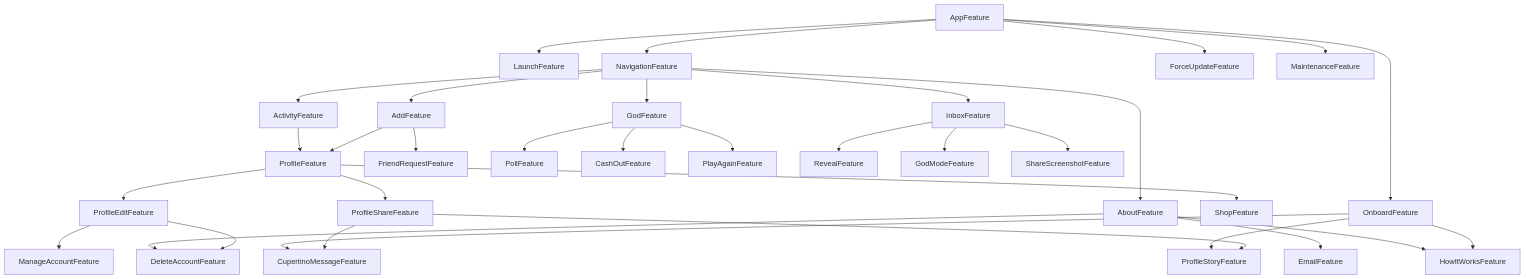
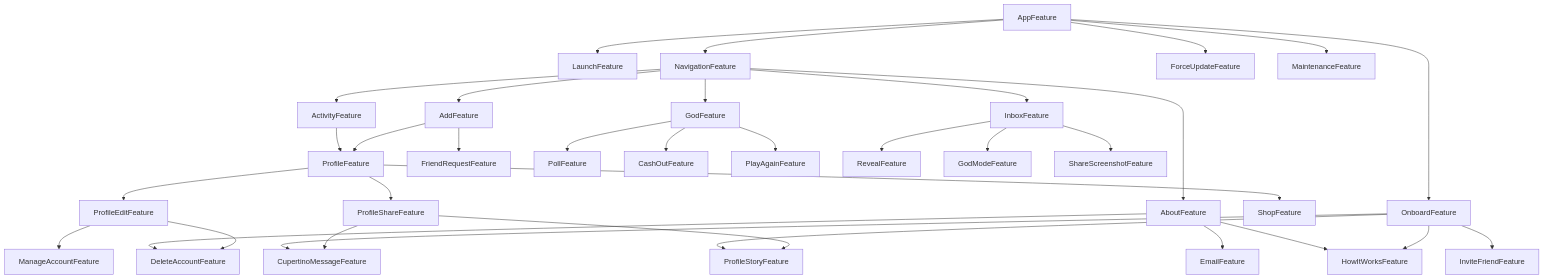
Before and after one commit to 0x1-company/god-ios: the diagram in Packages/GodPackage/README.md, drawn with Mermaid. The commit also changed 1 other file, not shown here.

Commit message:
chore: 🤖 dgraph

````diff
--- a/Packages/GodPackage/README.md
+++ b/Packages/GodPackage/README.md
@@ -6,35 +6,36 @@
 ```mermaid
 graph TD;
     AboutFeature-->EmailFeature;
     AboutFeature-->HowItWorksFeature;
     AboutFeature-->DeleteAccountFeature;
     ActivityFeature-->ProfileFeature;
     AddFeature-->ProfileFeature;
     AddFeature-->FriendRequestFeature;
     AppFeature-->LaunchFeature;
     AppFeature-->OnboardFeature;
     AppFeature-->NavigationFeature;
     AppFeature-->ForceUpdateFeature;
     AppFeature-->MaintenanceFeature;
     GodFeature-->PollFeature;
     GodFeature-->CashOutFeature;
     GodFeature-->PlayAgainFeature;
     InboxFeature-->RevealFeature;
     InboxFeature-->GodModeFeature;
     InboxFeature-->ShareScreenshotFeature;
     NavigationFeature-->AboutFeature;
     NavigationFeature-->ActivityFeature;
     NavigationFeature-->AddFeature;
     NavigationFeature-->GodFeature;
     NavigationFeature-->InboxFeature;
     OnboardFeature-->HowItWorksFeature;
     OnboardFeature-->ProfileStoryFeature;
+    OnboardFeature-->InviteFriendFeature;
     OnboardFeature-->CupertinoMessageFeature;
     ProfileEditFeature-->ManageAccountFeature;
     ProfileEditFeature-->DeleteAccountFeature;
     ProfileFeature-->ShopFeature;
     ProfileFeature-->ProfileEditFeature;
     ProfileFeature-->ProfileShareFeature;
     ProfileShareFeature-->ProfileStoryFeature;
     ProfileShareFeature-->CupertinoMessageFeature;
 ```
````
